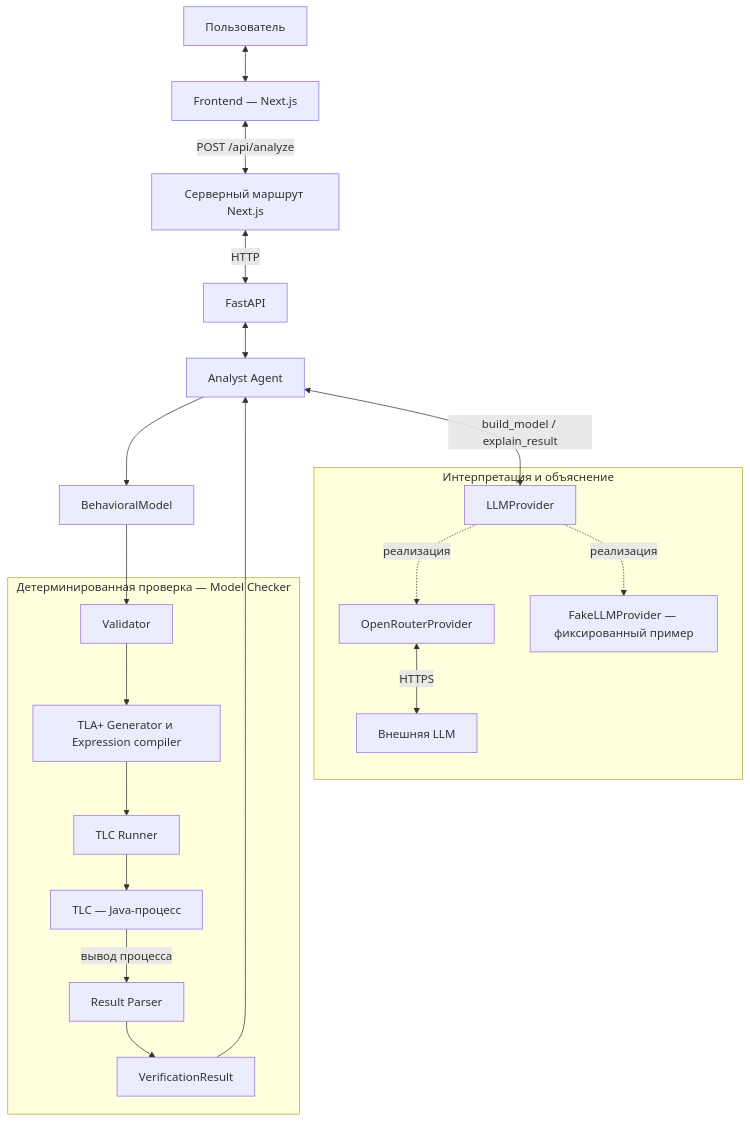
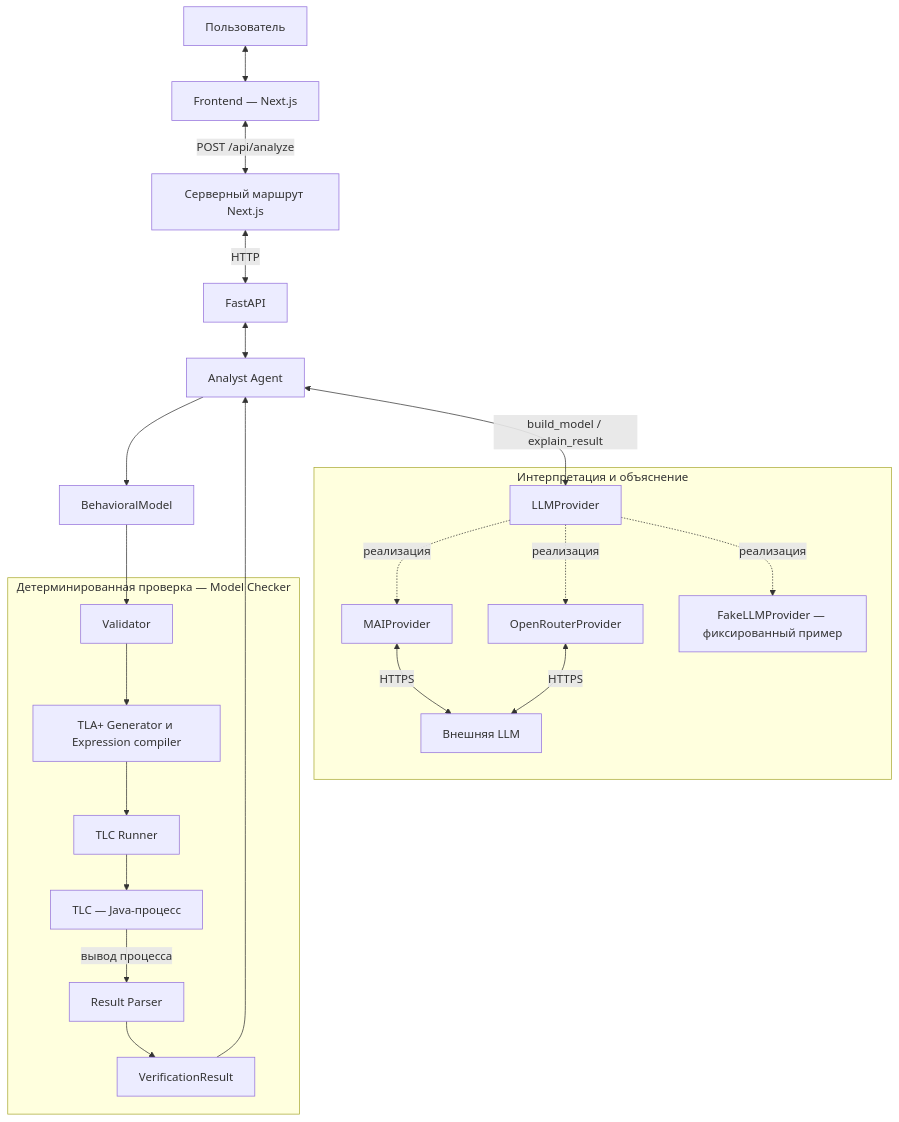
The diagram in docs/predefense/architecture.md (Maximoff35/mai-practice-agent-analyst), drawn with Mermaid before and after one commit. The commit also changed other lines of this file and 17 other files, not shown here.

````diff
--- a/docs/predefense/architecture.md
+++ b/docs/predefense/architecture.md
@@ -15,30 +15,33 @@
 ```mermaid
 flowchart TB
     U[Пользователь] <--> F[Frontend — Next.js]
     F <-->|POST /api/analyze| PROXY[Серверный маршрут Next.js]
     PROXY <-->|HTTP| API[FastAPI]
     API <--> AG[Analyst Agent]
     subgraph A[Интерпретация и объяснение]
         P[LLMProvider]
+        MAI[MAIProvider]
         OR[OpenRouterProvider]
         FA[FakeLLMProvider — фиксированный пример]
         LLM[Внешняя LLM]
+        P -. реализация .-> MAI
         P -. реализация .-> OR
         P -. реализация .-> FA
+        MAI <-->|HTTPS| LLM
         OR <-->|HTTPS| LLM
     end
     AG <-->|build_model / explain_result| P
     AG --> BM[BehavioralModel]
     subgraph D[Детерминированная проверка — Model Checker]
         V[Validator]
         G[TLA+ Generator и Expression compiler]
         R[TLC Runner]
         T[TLC — Java-процесс]
         PAR[Result Parser]
         RES[VerificationResult]
         V --> G --> R --> T
         T -->|вывод процесса| PAR --> RES
     end
     BM --> V
     RES --> AG
 ```
````
